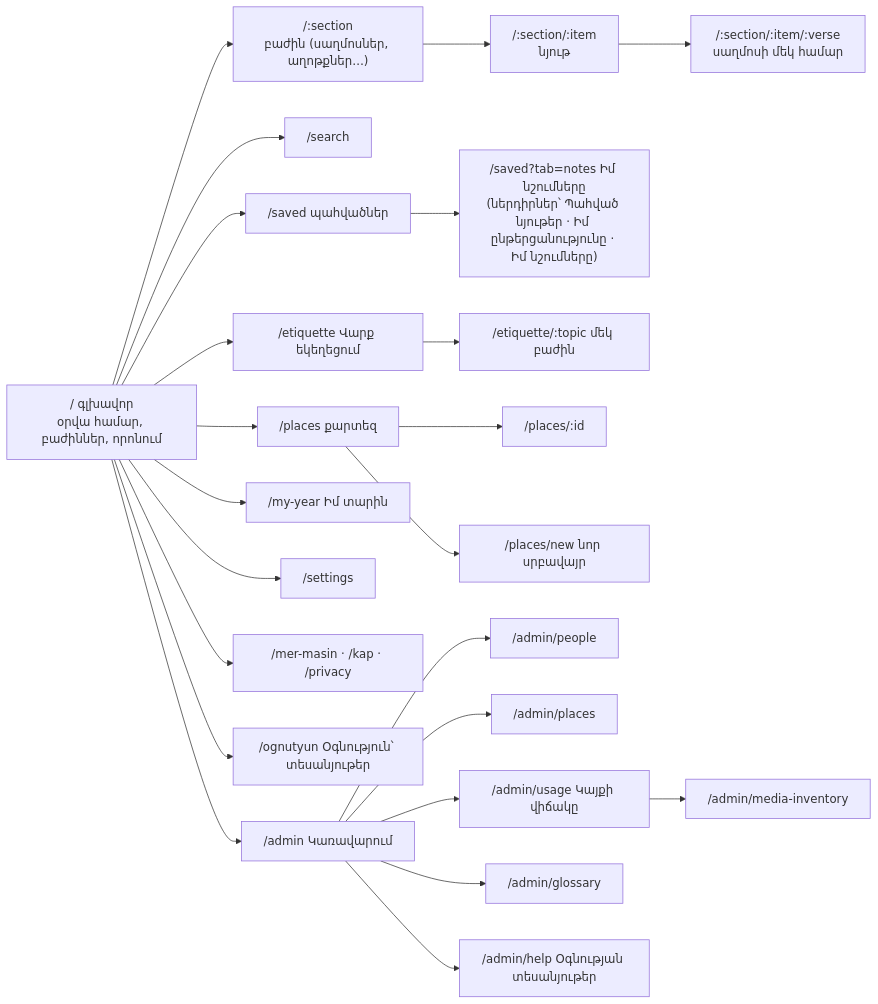
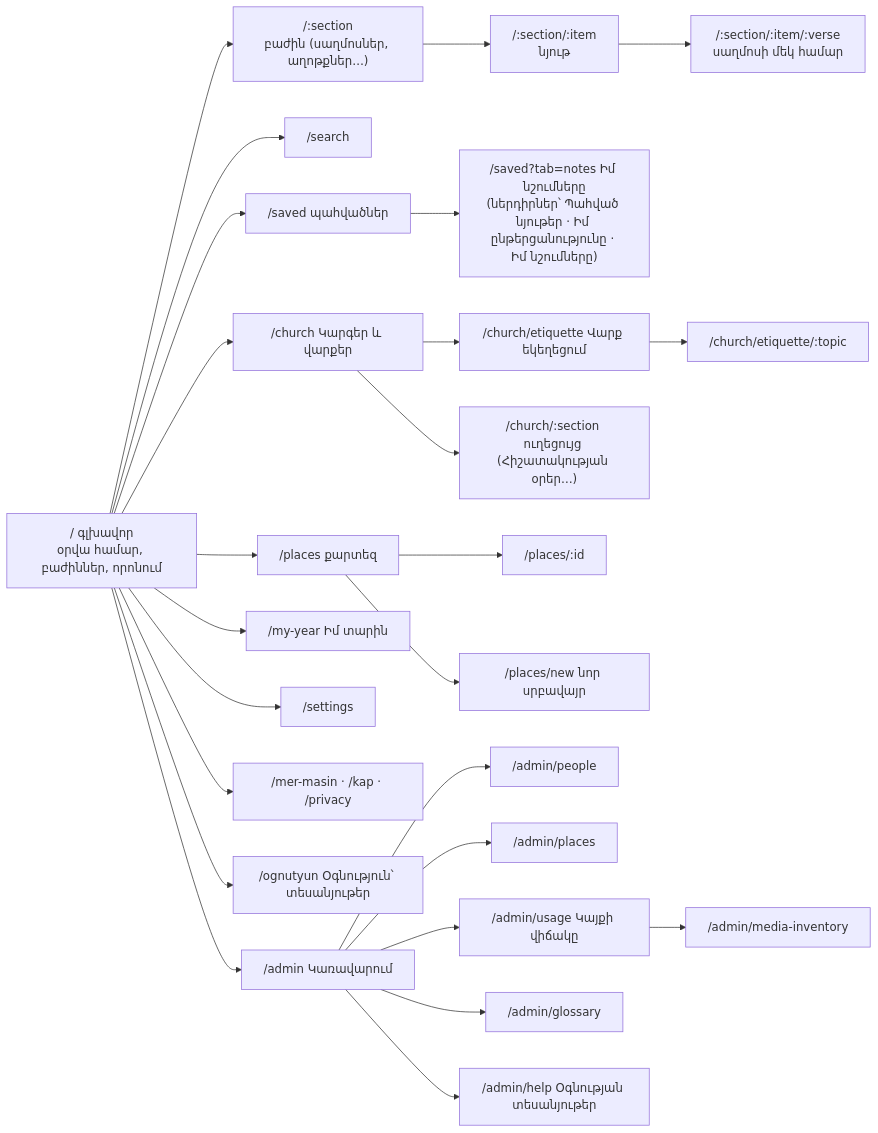
The fifth of 26 diagrams in docs/ARCHITECTURE.md (T0n0yan/armenian-apostolic-digital-library), drawn with Mermaid before and after one commit. The commit also changed other lines of this file and 19 other files, not shown here.

First line of the commit message:
Կարգեր և վարքեր. նոր բաժին /church, վարքը՝ աղբյուրներով, Հիշատակության օրեր

````diff
--- a/docs/ARCHITECTURE.md
+++ b/docs/ARCHITECTURE.md
@@ -311,26 +311,28 @@
 ```mermaid
 flowchart LR
   HOME["/ գլխավոր<br/>օրվա համար, բաժիններ, որոնում"]
   HOME --> SEC["/:section<br/>բաժին (սաղմոսներ, աղոթքներ…)"]
   SEC --> MAT["/:section/:item<br/>նյութ"]
   MAT --> VERSE["/:section/:item/:verse<br/>սաղմոսի մեկ համար"]
   HOME --> SEARCH["/search"]
   HOME --> SAVED["/saved պահվածներ"]
   SAVED --> NOTES["/saved?tab=notes Իմ նշումները<br/>(ներդիրներ՝ Պահված նյութեր · Իմ ընթերցանությունը · Իմ նշումները)"]
   HOME --> PLACES["/places քարտեզ"]
-  HOME --> ETQ["/etiquette Վարք եկեղեցում"]
-  ETQ --> ETQT["/etiquette/:topic մեկ բաժին"]
+  HOME --> CH["/church Կարգեր և վարքեր"]
+  CH --> ETQ["/church/etiquette Վարք եկեղեցում"]
+  ETQ --> ETQT["/church/etiquette/:topic"]
+  CH --> CHG["/church/:section ուղեցույց (Հիշատակության օրեր…)"]
   PLACES --> PLACE["/places/:id"]
   PLACES --> PNEW["/places/new նոր սրբավայր"]
   HOME --> MY["/my-year Իմ տարին"]
   HOME --> SET["/settings"]
   HOME --> INFO["/mer-masin · /kap · /privacy"]
   HOME --> HELP["/ognutyun Օգնություն՝ տեսանյութեր"]
   HOME --> ADM["/admin Կառավարում"]
   ADM --> A1["/admin/people"]
   ADM --> A2["/admin/places"]
   ADM --> A3["/admin/usage Կայքի վիճակը"]
   ADM --> A4["/admin/glossary"]
   ADM --> A6["/admin/help Օգնության տեսանյութեր"]
   A3 --> A5["/admin/media-inventory"]
 ```
````
